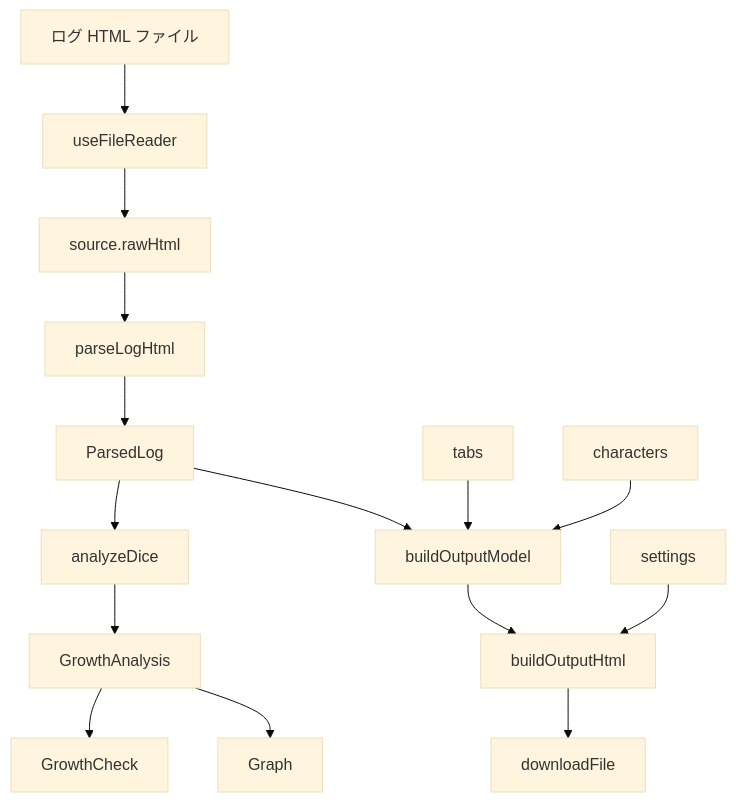
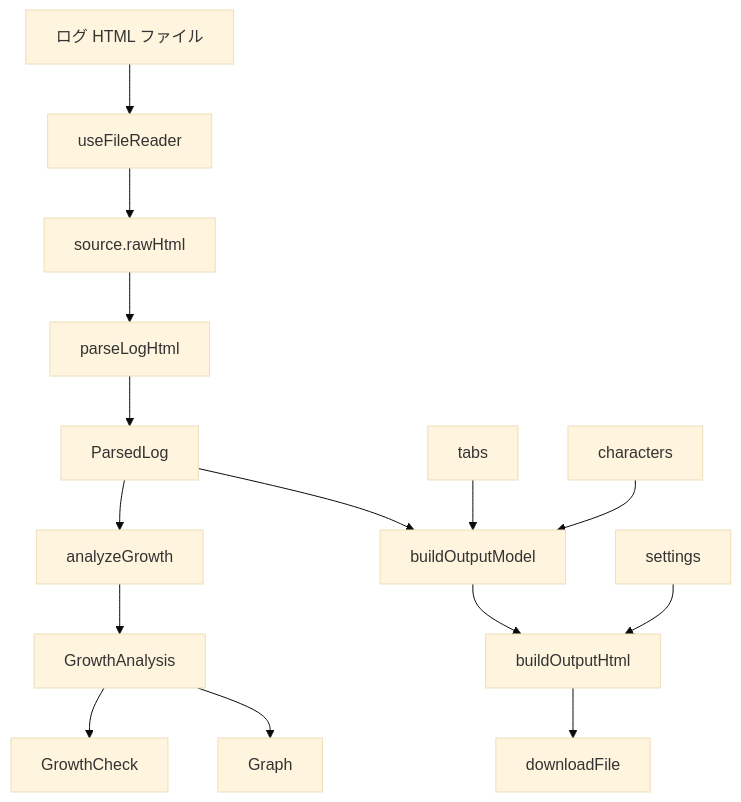
The first of 3 diagrams in docs/logmake-architecture.md (tastuki1/trpgLogMeke.github.io), drawn with Mermaid (base theme) before and after one commit. The commit also changed other lines of this file and 4 other files, not shown here.

````diff
--- a/docs/logmake-architecture.md
+++ b/docs/logmake-architecture.md
@@ -31,19 +32,19 @@
 ```mermaid
 flowchart TD
   File["ログ HTML ファイル"] --> Reader["useFileReader"]
   Reader --> RawHtml["source.rawHtml"]
   RawHtml --> Parser["parseLogHtml"]
   Parser --> ParsedLog["ParsedLog"]
 
-  ParsedLog --> Analyze["analyzeDice"]
+  ParsedLog --> Analyze["analyzeGrowth"]
   Analyze --> Analysis["GrowthAnalysis"]
   Analysis --> GrowthCheck["GrowthCheck"]
   Analysis --> Graph["Graph"]
 
   ParsedLog --> OutputModel["buildOutputModel"]
   Tabs["tabs"] --> OutputModel
   Characters["characters"] --> OutputModel
   OutputModel --> OutputHtml["buildOutputHtml"]
   Settings["settings"] --> OutputHtml
   OutputHtml --> Download["downloadFile"]
 ```
````
